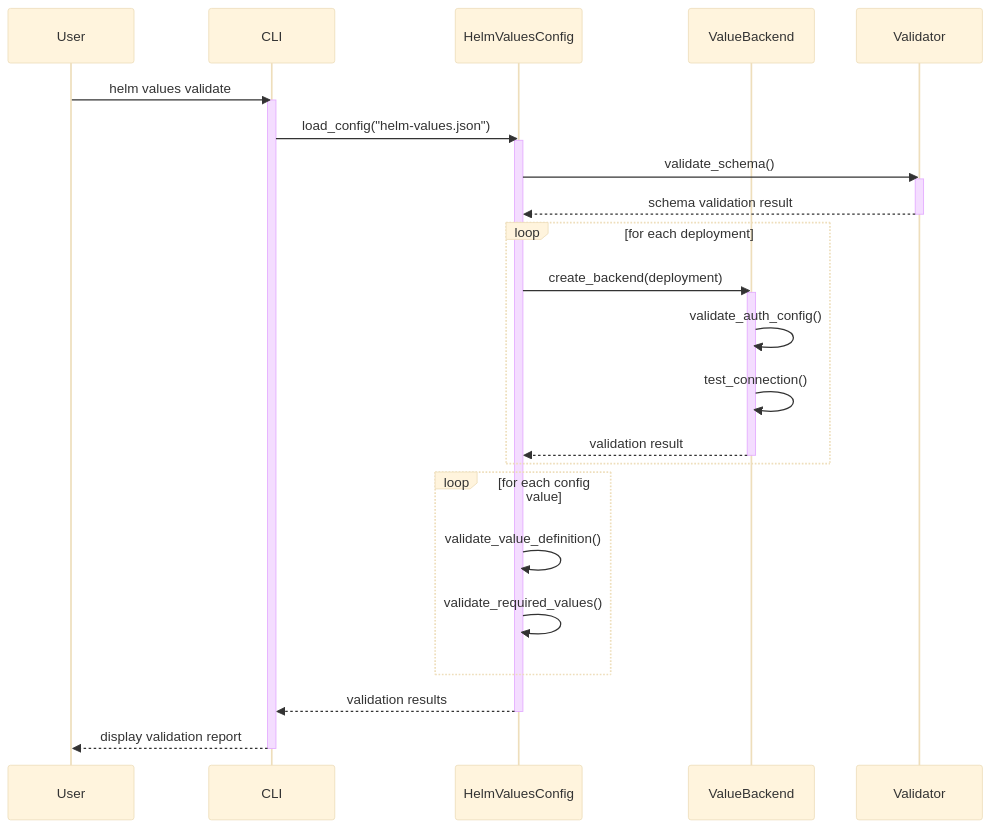
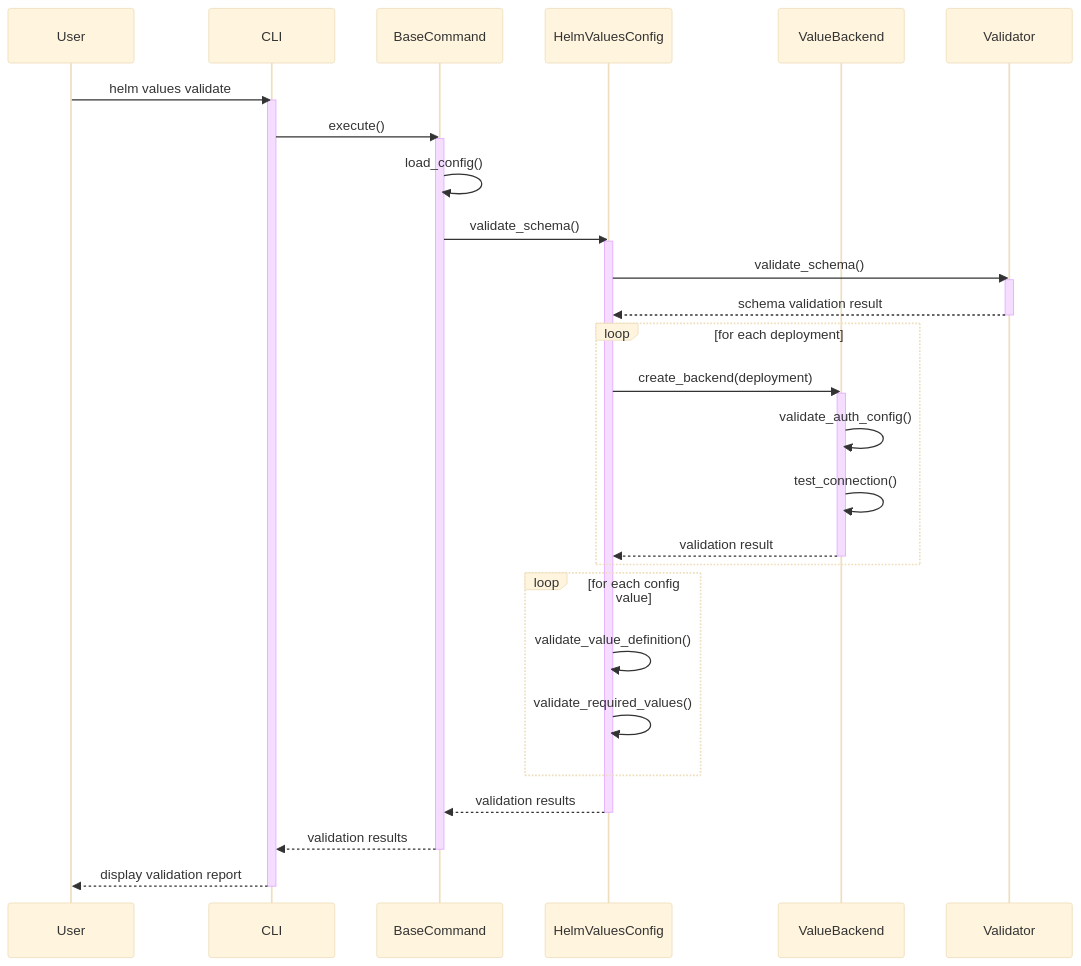
The sixth of 12 diagrams in docs/Design/sequence-diagrams.md (Zipstack/helm-values-manager), drawn with Mermaid (base theme) before and after one commit. The commit also changed other lines of this file and 16 other files, not shown here.

````diff
--- a/docs/Design/sequence-diagrams.md
+++ b/docs/Design/sequence-diagrams.md
@@ -156,39 +234,47 @@
 ```mermaid
 sequenceDiagram
     participant User
     participant CLI
+    participant BaseCommand
     participant HelmValuesConfig
     participant ValueBackend
     participant Validator
 
     User->>CLI: helm values validate
     activate CLI
 
-    CLI->>HelmValuesConfig: load_config("helm-values.json")
+    CLI->>BaseCommand: execute()
+    activate BaseCommand
+
+    BaseCommand->>BaseCommand: load_config()
+    BaseCommand->>HelmValuesConfig: validate_schema()
     activate HelmValuesConfig
 
     HelmValuesConfig->>Validator: validate_schema()
     activate Validator
     Validator-->>HelmValuesConfig: schema validation result
     deactivate Validator
 
     loop for each deployment
         HelmValuesConfig->>ValueBackend: create_backend(deployment)
         activate ValueBackend
         ValueBackend->>ValueBackend: validate_auth_config()
         ValueBackend->>ValueBackend: test_connection()
         ValueBackend-->>HelmValuesConfig: validation result
         deactivate ValueBackend
     end
 
     loop for each config value
         HelmValuesConfig->>HelmValuesConfig: validate_value_definition()
         HelmValuesConfig->>HelmValuesConfig: validate_required_values()
     end
 
-    HelmValuesConfig-->>CLI: validation results
+    HelmValuesConfig-->>BaseCommand: validation results
     deactivate HelmValuesConfig
+
+    BaseCommand-->>CLI: validation results
+    deactivate BaseCommand
 
     CLI-->>User: display validation report
     deactivate CLI
 ```
````
